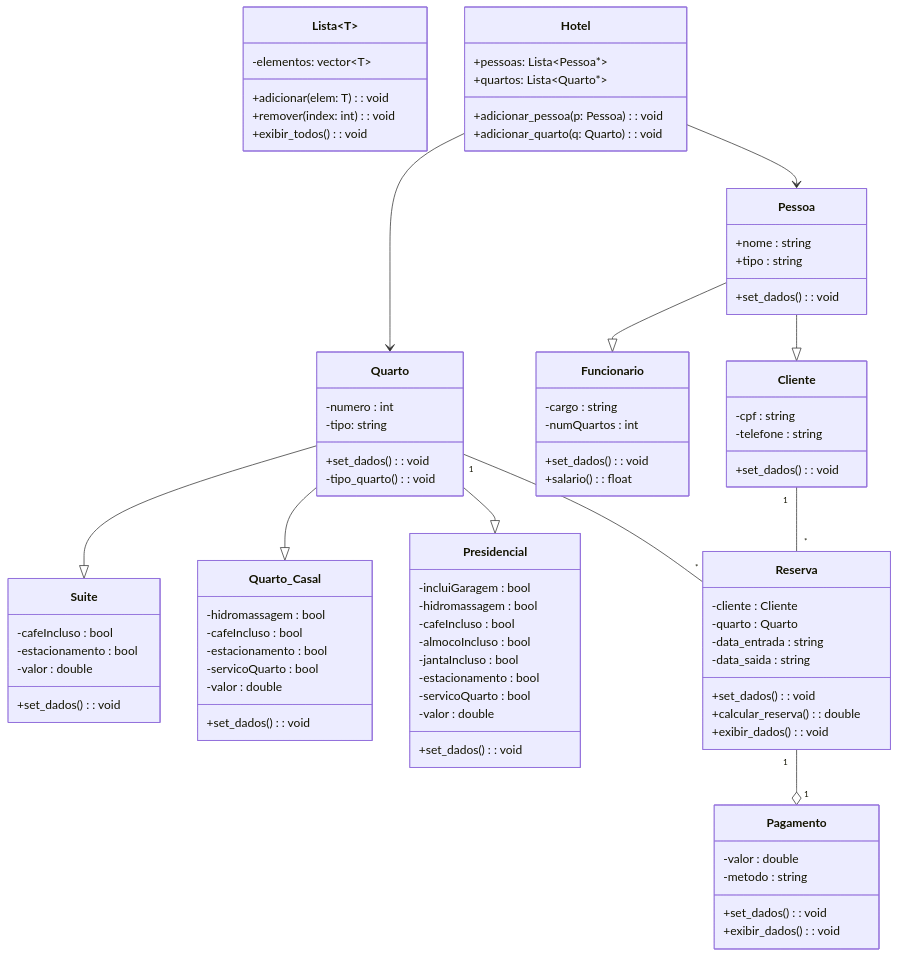
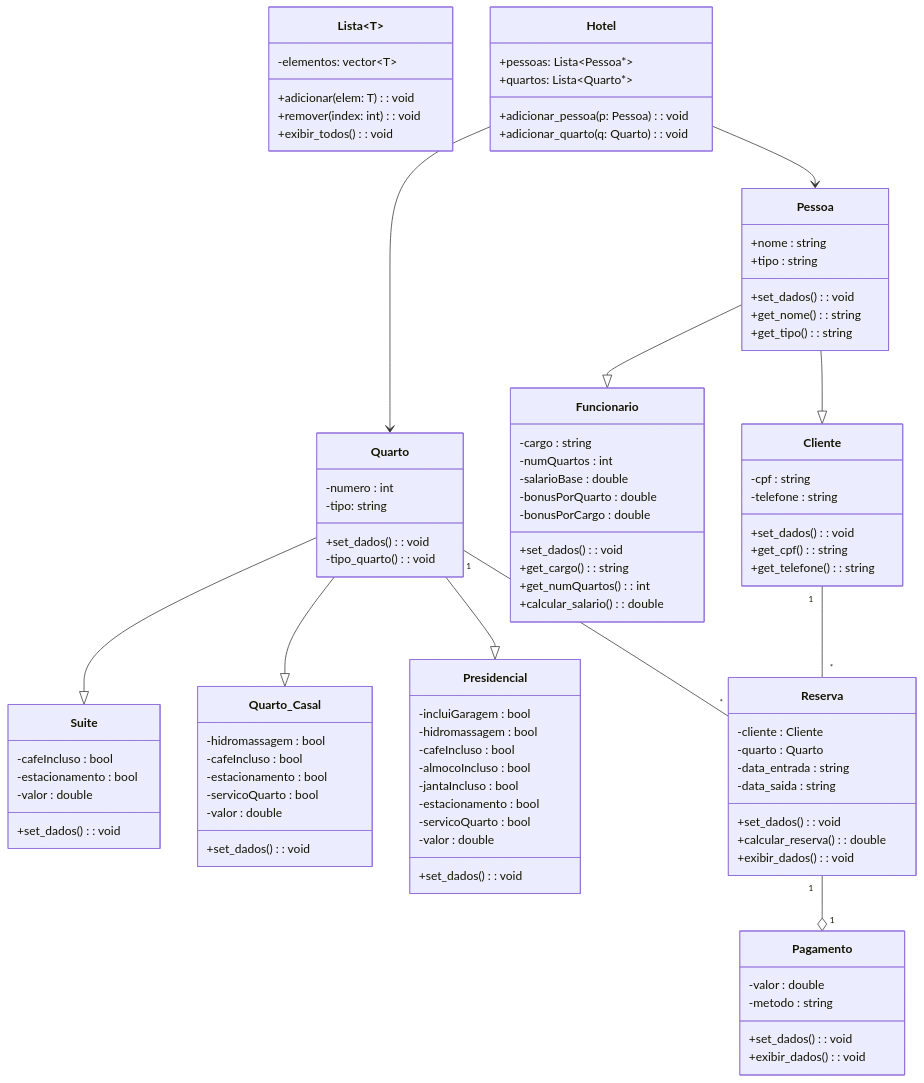
The diagram in diagrama.md (joaoMiguelSousaOliveira/LP_Projeto), drawn with Mermaid before and after one commit. The commit also changed 12 other files, not shown here.

```diff
--- a/diagrama.md
+++ b/diagrama.md
@@ -20,19 +20,28 @@
         +nome : string
         +tipo : string
         +set_dados() : void
+        +get_nome() : string
+        +get_tipo() : string
     }
 
     class Cliente {
         -cpf : string
         -telefone : string
         +set_dados() : void
+        +get_cpf() : string
+        +get_telefone() : string
     }
 
     class Funcionario {
         -cargo : string
         -numQuartos : int
+        -salarioBase : double
+        -bonusPorQuarto : double
+        -bonusPorCargo : double
         +set_dados() : void
-        +salario() : float
+        +get_cargo() : string
+        +get_numQuartos() : int
+        +calcular_salario() : double
     }
 
     class Quarto {
```
